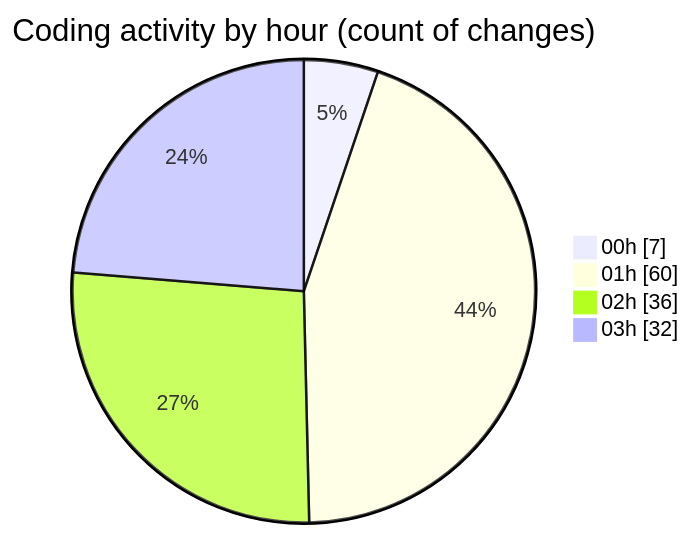
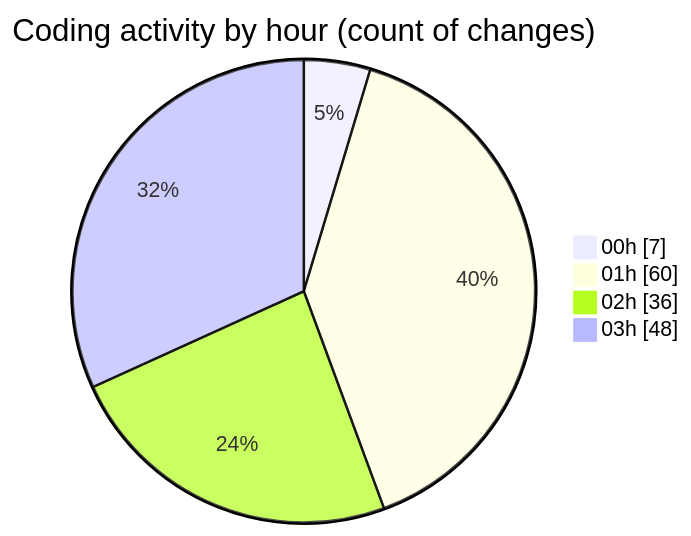
Before and after one commit to julien-gomy/code-tracking: the second of 2 diagrams in 2025-10-07/eventscop-frontend-guide__workspace_/README.md, drawn with Mermaid. The commit also changed other lines of this file and 1 other file, not shown here.

````diff
--- a/2025-10-07/eventscop-frontend-guide__workspace_/README.md
+++ b/2025-10-07/eventscop-frontend-guide__workspace_/README.md
@@ -87,8 +88,8 @@
 ```mermaid
 pie showData
 title Coding activity by hour (count of changes)
 "00h" : 7
 "01h" : 60
 "02h" : 36
-"03h" : 32
+"03h" : 48
 ```
````
